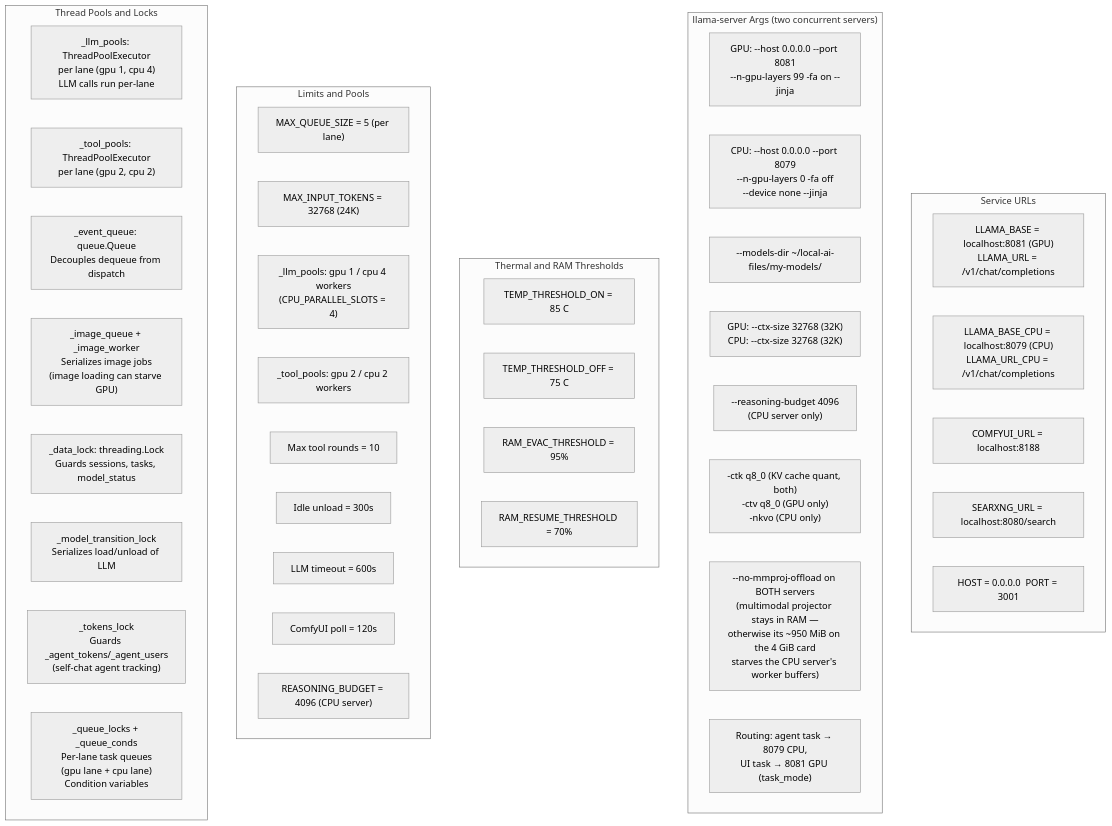
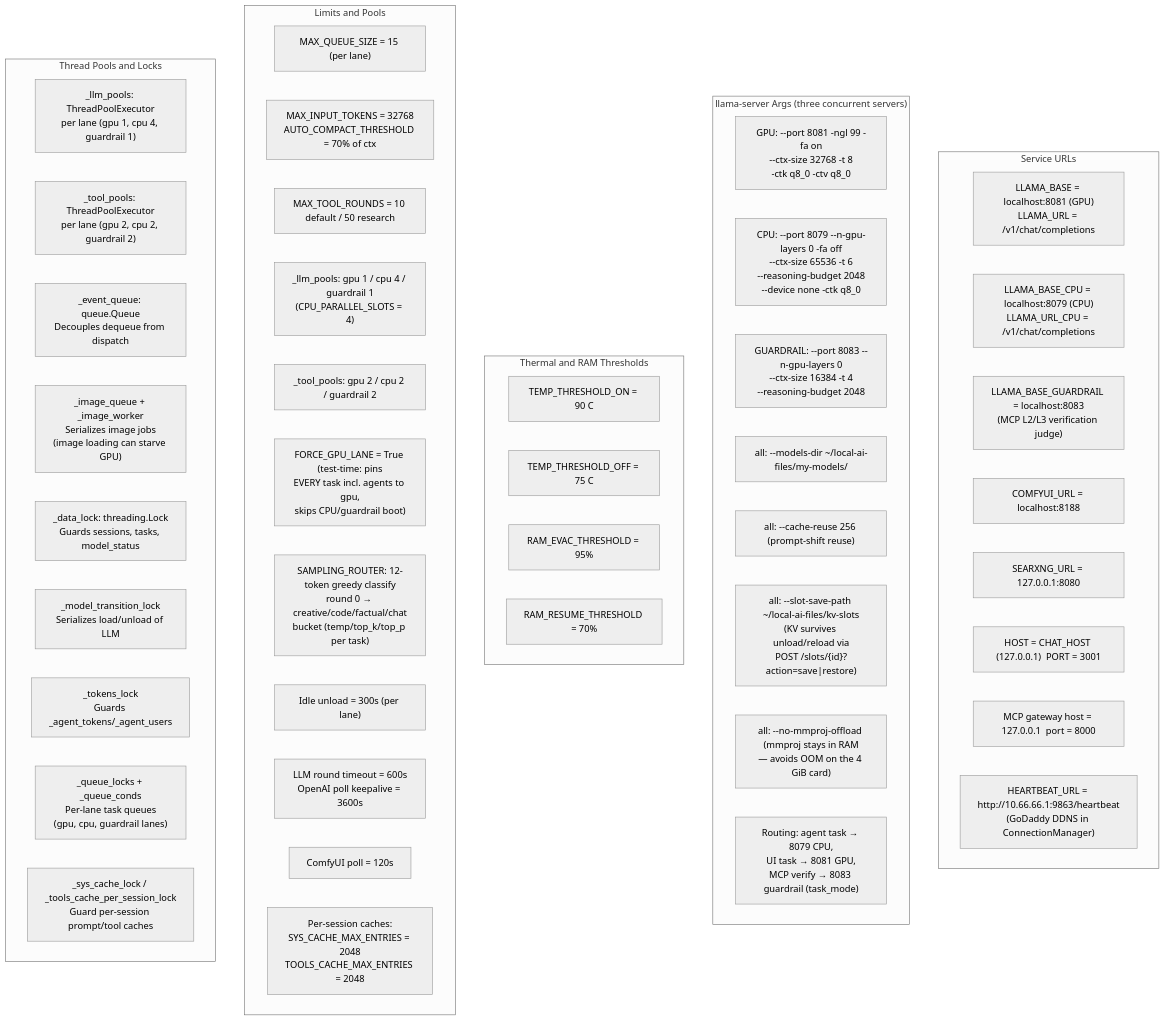
Before and after one commit to Palash90/local-ai: the third of 12 diagrams in README.md, drawn with Mermaid (neutral theme). The commit also changed other lines of this file and 8 other files, not shown here.

````diff
--- a/README.md
+++ b/README.md
@@ -263,51 +289,57 @@
 ```mermaid
 graph TD
     subgraph RCNetwork ["Service URLs"]
         RC1["LLAMA_BASE = localhost:8081 (GPU)\nLLAMA_URL = /v1/chat/completions"]
         RC2["LLAMA_BASE_CPU = localhost:8079 (CPU)\nLLAMA_URL_CPU = /v1/chat/completions"]
-        RC3["COMFYUI_URL = localhost:8188"]
-        RC4["SEARXNG_URL = localhost:8080/search"]
-        RC5["HOST = 0.0.0.0  PORT = 3001"]
+        RC3["LLAMA_BASE_GUARDRAIL = localhost:8083\n(MCP L2/L3 verification judge)"]
+        RC4["COMFYUI_URL = localhost:8188"]
+        RC5["SEARXNG_URL = 127.0.0.1:8080"]
+        RC6["HOST = CHAT_HOST (127.0.0.1)  PORT = 3001"]
+        RC7["MCP gateway host = 127.0.0.1  port = 8000"]
+        RC8["HEARTBEAT_URL = http://10.66.66.1:9863/heartbeat\n(GoDaddy DDNS in ConnectionManager)"]
     end
 
-    subgraph RCLlama ["llama-server Args (two concurrent servers)"]
-        RCL1["GPU: --host 0.0.0.0 --port 8081\n--n-gpu-layers 99 -fa on --jinja"]
-        RCL2["CPU: --host 0.0.0.0 --port 8079\n--n-gpu-layers 0 -fa off\n--device none --jinja"]
-        RCL3["--models-dir ~/local-ai-files/my-models/"]
-        RCL4["GPU: --ctx-size 32768 (32K)\nCPU: --ctx-size 32768 (32K)"]
-        RCL5["--reasoning-budget 4096\n(CPU server only)"]
-        RCL6["-ctk q8_0 (KV cache quant, both)\n-ctv q8_0 (GPU only)\n-nkvo (CPU only)"]
-        RCL7["--no-mmproj-offload on BOTH servers\n(multimodal projector stays in RAM —\notherwise its ~950 MiB on the 4 GiB card\nstarves the CPU server's worker buffers)"]
-        RCL8["Routing: agent task → 8079 CPU,\nUI task → 8081 GPU (task_mode)"]
+    subgraph RCLlama ["llama-server Args (three concurrent servers)"]
+        RCL1["GPU: --port 8081 -ngl 99 -fa on\n--ctx-size 32768 -t 8\n-ctk q8_0 -ctv q8_0"]
+        RCL2["CPU: --port 8079 --n-gpu-layers 0 -fa off\n--ctx-size 65536 -t 6\n--reasoning-budget 2048\n--device none -ctk q8_0"]
+        RCL3["GUARDRAIL: --port 8083 --n-gpu-layers 0\n--ctx-size 16384 -t 4\n--reasoning-budget 2048"]
+        RCL4["all: --models-dir ~/local-ai-files/my-models/"]
+        RCL5["all: --cache-reuse 256 (prompt-shift reuse)"]
+        RCL6["all: --slot-save-path ~/local-ai-files/kv-slots\n(KV survives unload/reload via\nPOST /slots/{id}?action=save|restore)"]
+        RCL7["all: --no-mmproj-offload (mmproj stays in RAM\n— avoids OOM on the 4 GiB card)"]
+        RCL8["Routing: agent task → 8079 CPU,\nUI task → 8081 GPU,\nMCP verify → 8083 guardrail (task_mode)"]
     end
 
     subgraph RCThermal ["Thermal and RAM Thresholds"]
-        RT1["TEMP_THRESHOLD_ON = 85 C"]
+        RT1["TEMP_THRESHOLD_ON = 90 C"]
         RT2["TEMP_THRESHOLD_OFF = 75 C"]
         RT3["RAM_EVAC_THRESHOLD = 95%"]
         RT4["RAM_RESUME_THRESHOLD = 70%"]
     end
 
     subgraph RCLimits ["Limits and Pools"]
-        RL1["MAX_QUEUE_SIZE = 5 (per lane)"]
-        RL2["MAX_INPUT_TOKENS = 32768 (24K)"]
-        RL3["_llm_pools: gpu 1 / cpu 4 workers\n(CPU_PARALLEL_SLOTS = 4)"]
-        RL4["_tool_pools: gpu 2 / cpu 2 workers"]
-        RL5["Max tool rounds = 10"]
-        RL6["Idle unload = 300s"]
-        RL7["LLM timeout = 600s"]
-        RL8["ComfyUI poll = 120s"]
-        RL9["REASONING_BUDGET = 4096 (CPU server)"]
+        RL1["MAX_QUEUE_SIZE = 15 (per lane)"]
+        RL2["MAX_INPUT_TOKENS = 32768\nAUTO_COMPACT_THRESHOLD = 70% of ctx"]
+        RL3["MAX_TOOL_ROUNDS = 10 default / 50 research"]
+        RL4["_llm_pools: gpu 1 / cpu 4 / guardrail 1\n(CPU_PARALLEL_SLOTS = 4)"]
+        RL5["_tool_pools: gpu 2 / cpu 2 / guardrail 2"]
+        RL6["FORCE_GPU_LANE = True (test-time: pins\nEVERY task incl. agents to gpu,\nskips CPU/guardrail boot)"]
+        RL7["SAMPLING_ROUTER: 12-token greedy classify\nround 0 → creative/code/factual/chat\nbucket (temp/top_k/top_p per task)"]
+        RL8["Idle unload = 300s (per lane)"]
+        RL9["LLM round timeout = 600s\nOpenAI poll keepalive = 3600s"]
+        RL10["ComfyUI poll = 120s"]
+        RL11["Per-session caches:\nSYS_CACHE_MAX_ENTRIES = 2048\nTOOLS_CACHE_MAX_ENTRIES = 2048"]
     end
 
     subgraph RCThreads ["Thread Pools and Locks"]
-        LK1["_llm_pools: ThreadPoolExecutor\nper lane (gpu 1, cpu 4)\nLLM calls run per-lane"]
-        LK2["_tool_pools: ThreadPoolExecutor\nper lane (gpu 2, cpu 2)"]
+        LK1["_llm_pools: ThreadPoolExecutor\nper lane (gpu 1, cpu 4, guardrail 1)"]
+        LK2["_tool_pools: ThreadPoolExecutor\nper lane (gpu 2, cpu 2, guardrail 2)"]
         LK3["_event_queue: queue.Queue\nDecouples dequeue from dispatch"]
         LK4["_image_queue + _image_worker\nSerializes image jobs\n(image loading can starve GPU)"]
         LK5["_data_lock: threading.Lock\nGuards sessions, tasks, model_status"]
         LK6["_model_transition_lock\nSerializes load/unload of LLM"]
-        LK7["_tokens_lock\nGuards _agent_tokens/_agent_users\n(self-chat agent tracking)"]
-        LK8["_queue_locks + _queue_conds\nPer-lane task queues\n(gpu lane + cpu lane)\nCondition variables"]
+        LK7["_tokens_lock\nGuards _agent_tokens/_agent_users"]
+        LK8["_queue_locks + _queue_conds\nPer-lane task queues\n(gpu, cpu, guardrail lanes)"]
+        LK9["_sys_cache_lock / _tools_cache_per_session_lock\nGuard per-session prompt/tool caches"]
     end
 ```
````
